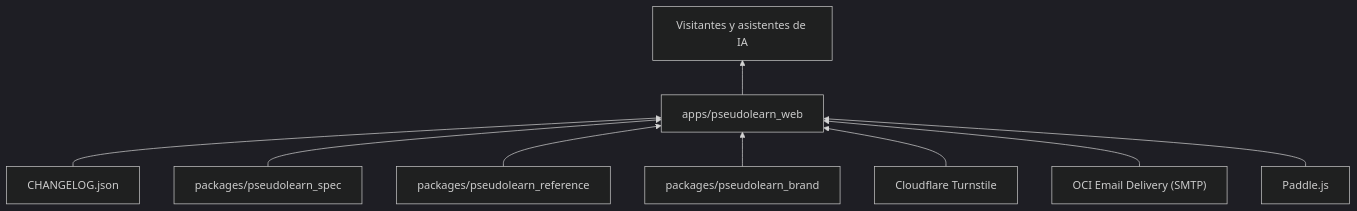
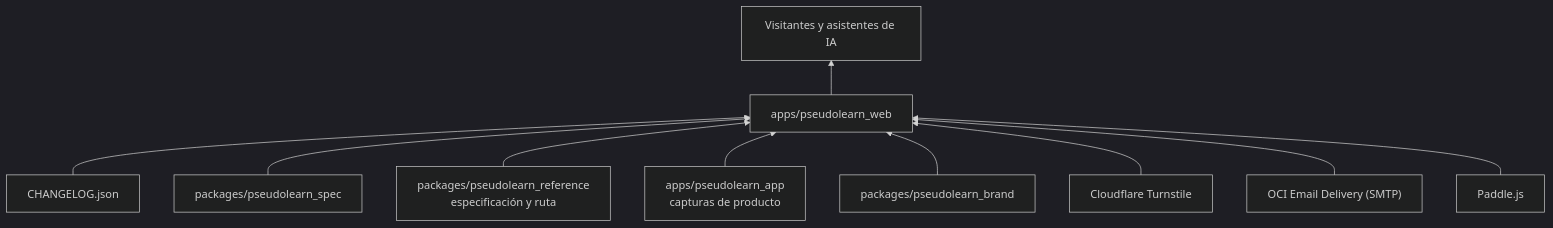
Before and after one commit to cgutieco/pseudolearn: the first of 3 diagrams in apps/pseudolearn_web/README.md, drawn with Mermaid (dark theme). The commit also changed other lines of this file and 734 other files, not shown here.

````diff
--- a/apps/pseudolearn_web/README.md
+++ b/apps/pseudolearn_web/README.md
@@ -12,11 +13,12 @@
 ```mermaid
 flowchart BT
   changelog["CHANGELOG.json"] --> web["apps/pseudolearn_web"]
   spec["packages/pseudolearn_spec"] --> web
-  reference["packages/pseudolearn_reference"] --> web
+  reference["packages/pseudolearn_reference<br/>especificación y ruta"] --> web
+  app["apps/pseudolearn_app<br/>capturas de producto"] --> web
   brand["packages/pseudolearn_brand"] --> web
   turnstile["Cloudflare Turnstile"] --> web
   smtp["OCI Email Delivery (SMTP)"] --> web
   paddle["Paddle.js"] --> web
   web --> visitante["Visitantes y asistentes de IA"]
 ```
````
